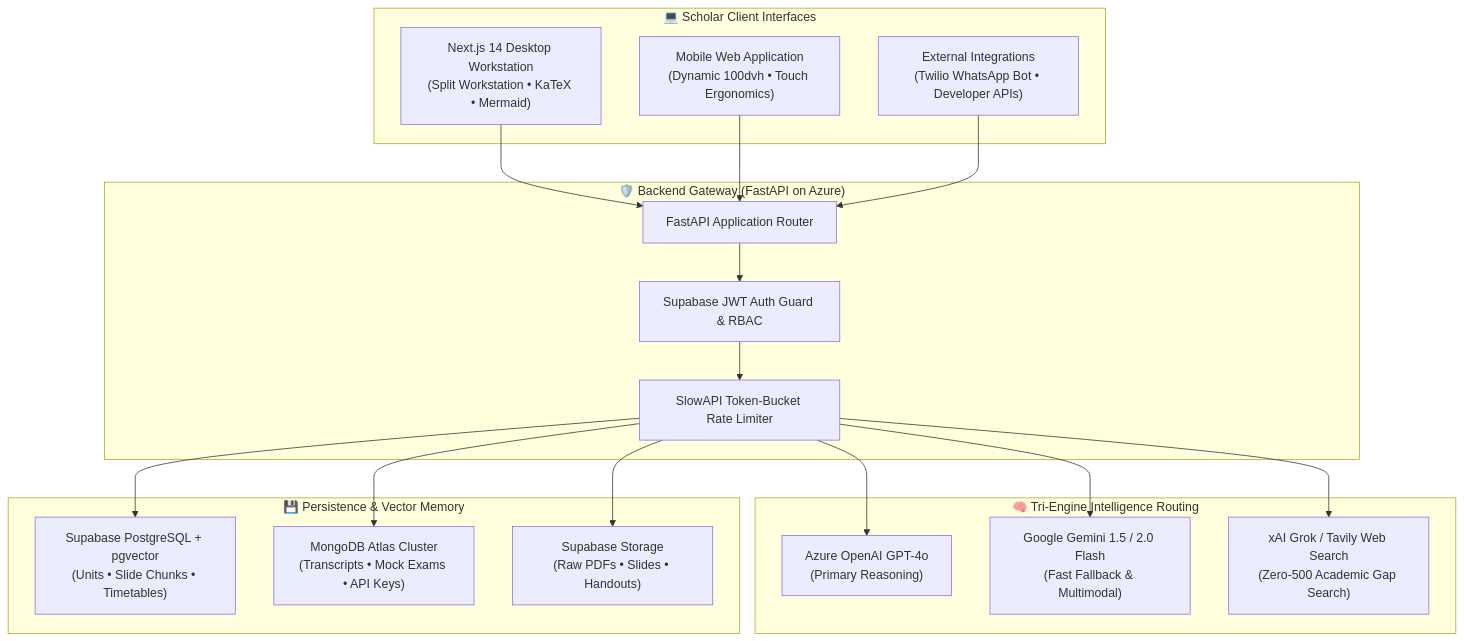
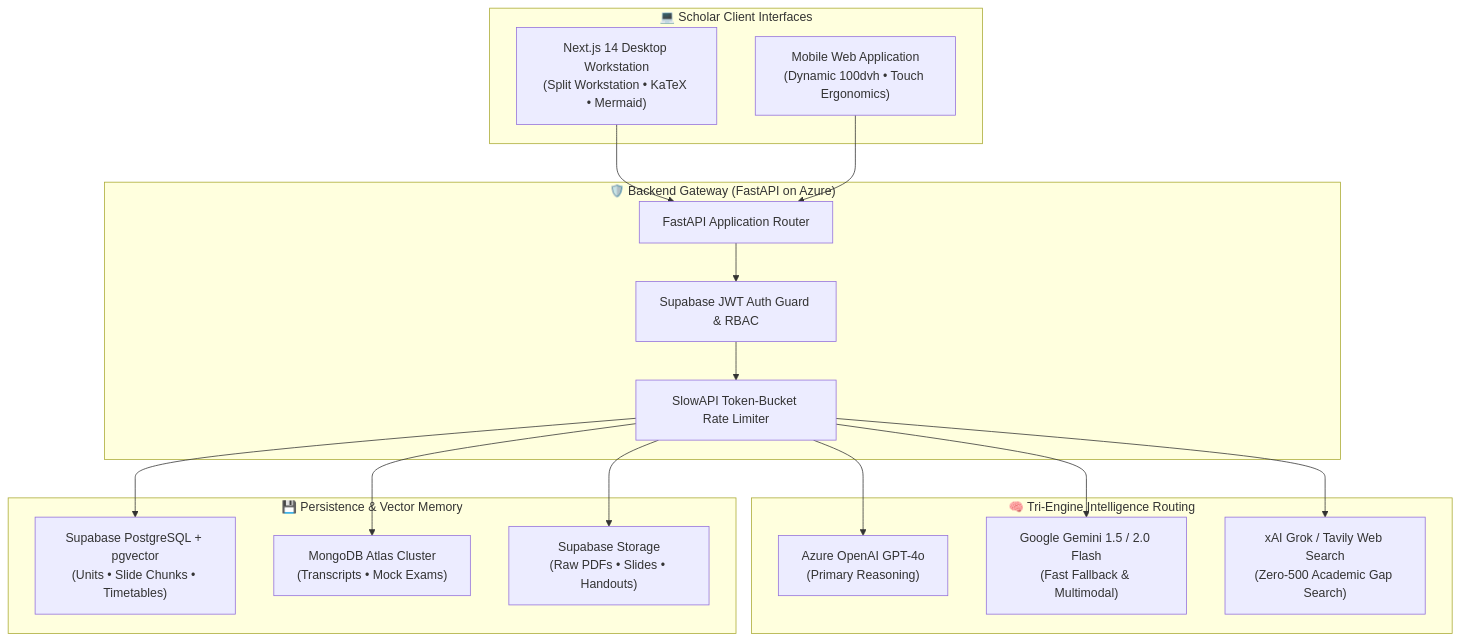
The diagram in README.md (makeromusa/edurag-scholar), drawn with Mermaid before and after one commit. The commit also changed other lines of this file, not shown here.

````diff
--- a/README.md
+++ b/README.md
@@ -25,31 +25,30 @@
 ```mermaid
 flowchart TD
     subgraph Clients ["💻 Scholar Client Interfaces"]
         WEB["Next.js 14 Desktop Workstation\n(Split Workstation • KaTeX • Mermaid)"]
         MOBILE["Mobile Web Application\n(Dynamic 100dvh • Touch Ergonomics)"]
-        BOT["External Integrations\n(Twilio WhatsApp Bot • Developer APIs)"]
     end
 
     subgraph API_Gateway ["🛡️ Backend Gateway (FastAPI on Azure)"]
         ROUTER["FastAPI Application Router"]
         AUTH_GUARD["Supabase JWT Auth Guard & RBAC"]
         RATE_LIMIT["SlowAPI Token-Bucket Rate Limiter"]
     end
 
     subgraph Intelligence ["🧠 Tri-Engine Intelligence Routing"]
         AOAI["Azure OpenAI GPT-4o\n(Primary Reasoning)"]
         GEMINI["Google Gemini 1.5 / 2.0 Flash\n(Fast Fallback & Multimodal)"]
         GROK["xAI Grok / Tavily Web Search\n(Zero-500 Academic Gap Search)"]
     end
 
     subgraph Data_Layer ["💾 Persistence & Vector Memory"]
         PG["Supabase PostgreSQL + pgvector\n(Units • Slide Chunks • Timetables)"]
-        MONGO["MongoDB Atlas Cluster\n(Transcripts • Mock Exams • API Keys)"]
+        MONGO["MongoDB Atlas Cluster\n(Transcripts • Mock Exams)"]
         STORAGE["Supabase Storage\n(Raw PDFs • Slides • Handouts)"]
     end
 
-    WEB & MOBILE & BOT --> ROUTER
+    WEB & MOBILE --> ROUTER
     ROUTER --> AUTH_GUARD --> RATE_LIMIT
     RATE_LIMIT --> PG & MONGO & STORAGE
     RATE_LIMIT --> AOAI & GEMINI & GROK
 ```
````
